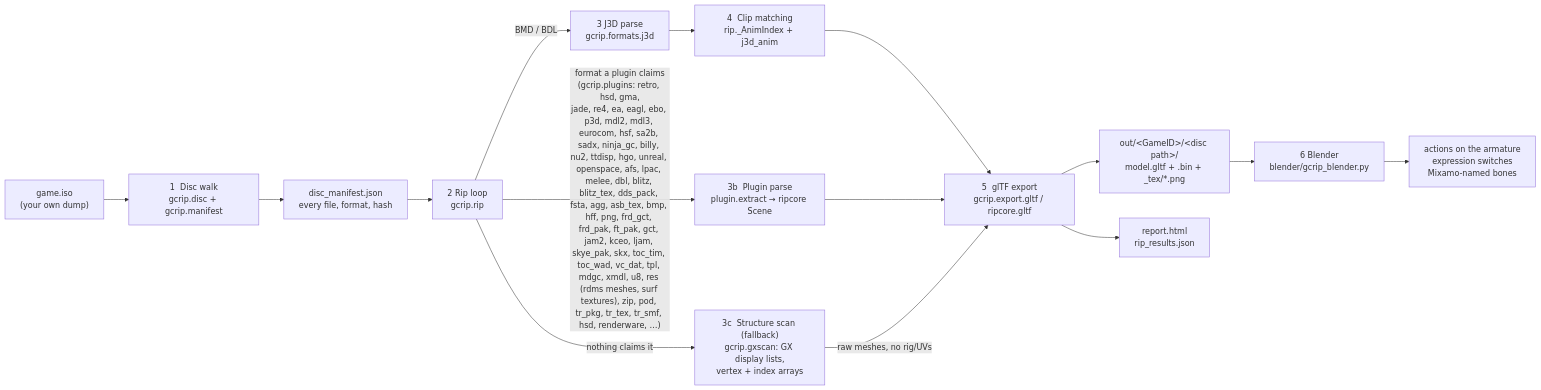
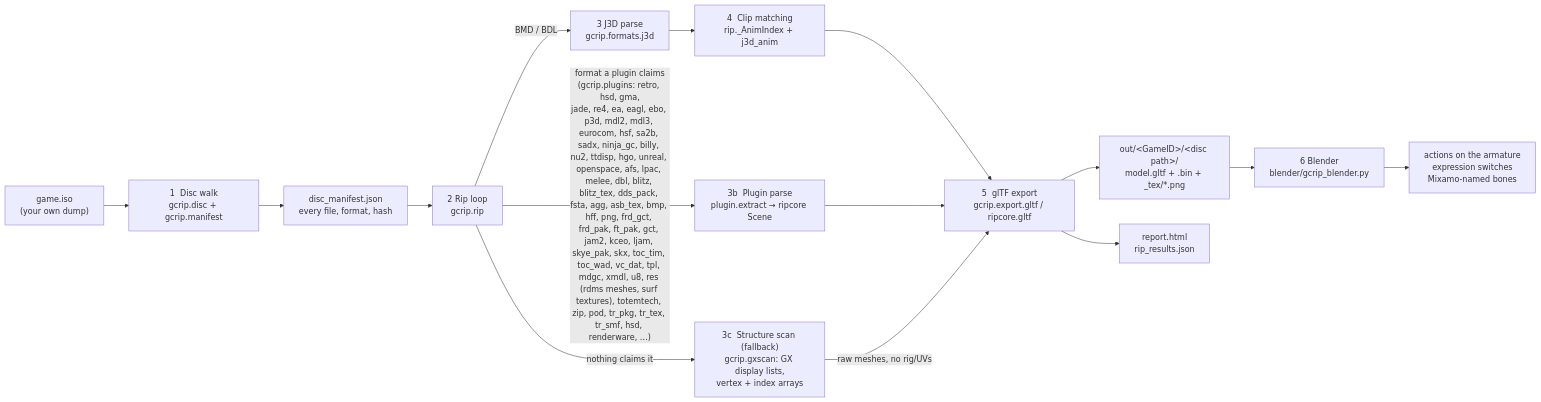
One commit to Felbs/3d-ripper-9000 changed the first of 10 diagrams in docs/PIPELINE.md. Above: the diagram before and after it, drawn with Mermaid. The commit also changed other lines of this file, not shown here.

Commit message:
docs: TotemTech in the PIPELINE.md plugin list and engine chart

````diff
--- a/docs/PIPELINE.md
+++ b/docs/PIPELINE.md
@@ -11,17 +11,17 @@
 ```mermaid
 flowchart LR
     ISO["game.iso<br/>(your own dump)"] --> WALK["1  Disc walk<br/>gcrip.disc + gcrip.manifest"]
     WALK --> MAN["disc_manifest.json<br/>every file, format, hash"]
     MAN --> RIP["2  Rip loop<br/>gcrip.rip"]
     RIP -->|"BMD / BDL"| J3D["3  J3D parse<br/>gcrip.formats.j3d"]
-    RIP -->|"format a plugin claims<br/>(gcrip.plugins: retro, hsd, gma,<br/>jade, re4, ea, eagl, ebo, p3d, mdl2, mdl3, eurocom, hsf, sa2b, sadx, ninja_gc, billy, nu2, ttdisp, hgo, unreal, openspace, afs, lpac, melee, dbl, blitz, blitz_tex, dds_pack, fsta, agg, asb_tex, bmp, hff, png, frd_gct, frd_pak, ft_pak, gct, jam2, kceo, ljam, skye_pak, skx, toc_tim, toc_wad, vc_dat, tpl, mdgc, xmdl, u8, res (rdms meshes, surf textures), zip, pod, tr_pkg, tr_tex, tr_smf, hsd, renderware, …)"| PLUG["3b  Plugin parse<br/>plugin.extract → ripcore Scene"]
+    RIP -->|"format a plugin claims<br/>(gcrip.plugins: retro, hsd, gma,<br/>jade, re4, ea, eagl, ebo, p3d, mdl2, mdl3, eurocom, hsf, sa2b, sadx, ninja_gc, billy, nu2, ttdisp, hgo, unreal, openspace, afs, lpac, melee, dbl, blitz, blitz_tex, dds_pack, fsta, agg, asb_tex, bmp, hff, png, frd_gct, frd_pak, ft_pak, gct, jam2, kceo, ljam, skye_pak, skx, toc_tim, toc_wad, vc_dat, tpl, mdgc, xmdl, u8, res (rdms meshes, surf textures), totemtech, zip, pod, tr_pkg, tr_tex, tr_smf, hsd, renderware, …)"| PLUG["3b  Plugin parse<br/>plugin.extract → ripcore Scene"]
     RIP -->|"nothing claims it"| GX["3c  Structure scan (fallback)<br/>gcrip.gxscan: GX display lists,<br/>vertex + index arrays"]
     J3D --> ANIM["4  Clip matching<br/>rip._AnimIndex + j3d_anim"]
     ANIM --> GLTF["5  glTF export<br/>gcrip.export.gltf / ripcore.gltf"]
     PLUG --> GLTF
     GX -->|"raw meshes, no rig/UVs"| GLTF
     GLTF --> OUT["out/&lt;GameID&gt;/&lt;disc path&gt;/<br/>model.gltf + .bin + _tex/*.png"]
     GLTF --> REP["report.html<br/>rip_results.json"]
     OUT --> BL["6  Blender<br/>blender/gcrip_blender.py"]
     BL --> PLAY["actions on the armature<br/>expression switches<br/>Mixamo-named bones"]
 ```
````
